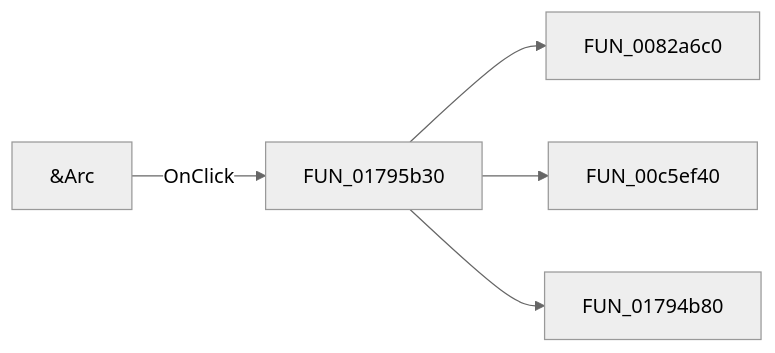
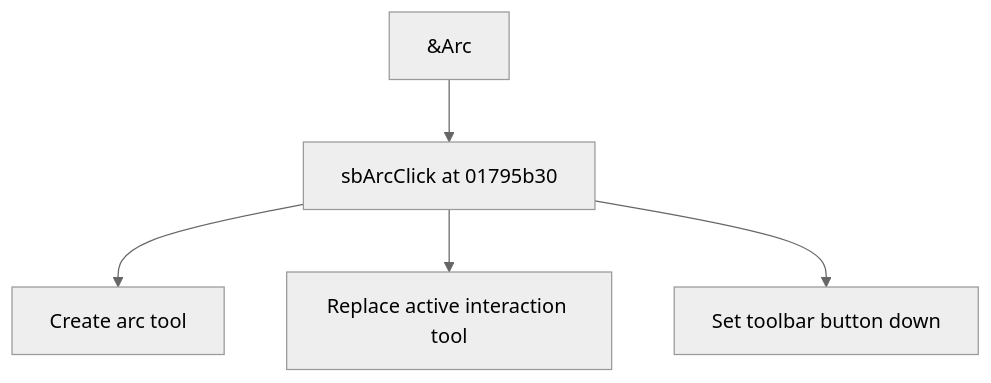
Before and after one commit to MovGP0/TIARA: the diagram in docs/ui-controls/shapeedit/mnuarc-89c7e4f00f.md, drawn with Mermaid (neutral theme). The commit also changed other lines of this file and 1062 other files, not shown here.

````diff
--- a/docs/ui-controls/shapeedit/mnuarc-89c7e4f00f.md
+++ b/docs/ui-controls/shapeedit/mnuarc-89c7e4f00f.md
@@ -27,7 +27,7 @@
 ```mermaid
-flowchart LR
-    control["&Arc"] -->|OnClick| handler["FUN_01795b30"]
-    handler --> call1["FUN_0082a6c0"]
-    handler --> call2["FUN_00c5ef40"]
-    handler --> call3["FUN_01794b80"]
+flowchart TD
+    control["&Arc"] --> handler["sbArcClick at 01795b30"]
+    handler --> step1["Create arc tool"]
+    handler --> step2["Replace active interaction tool"]
+    handler --> step3["Set toolbar button down"]
 ```
````
